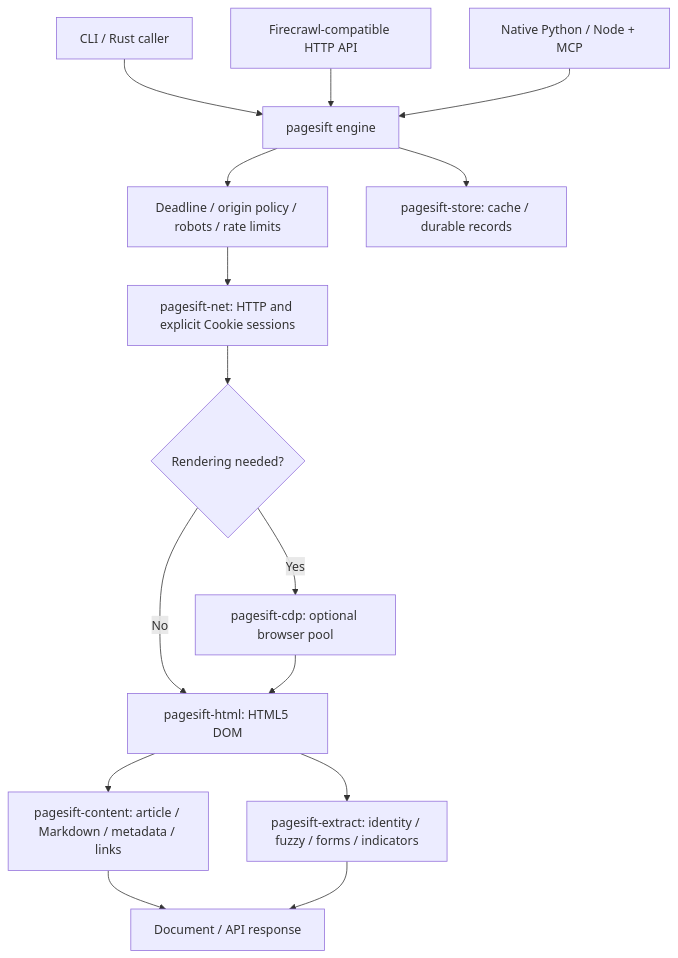
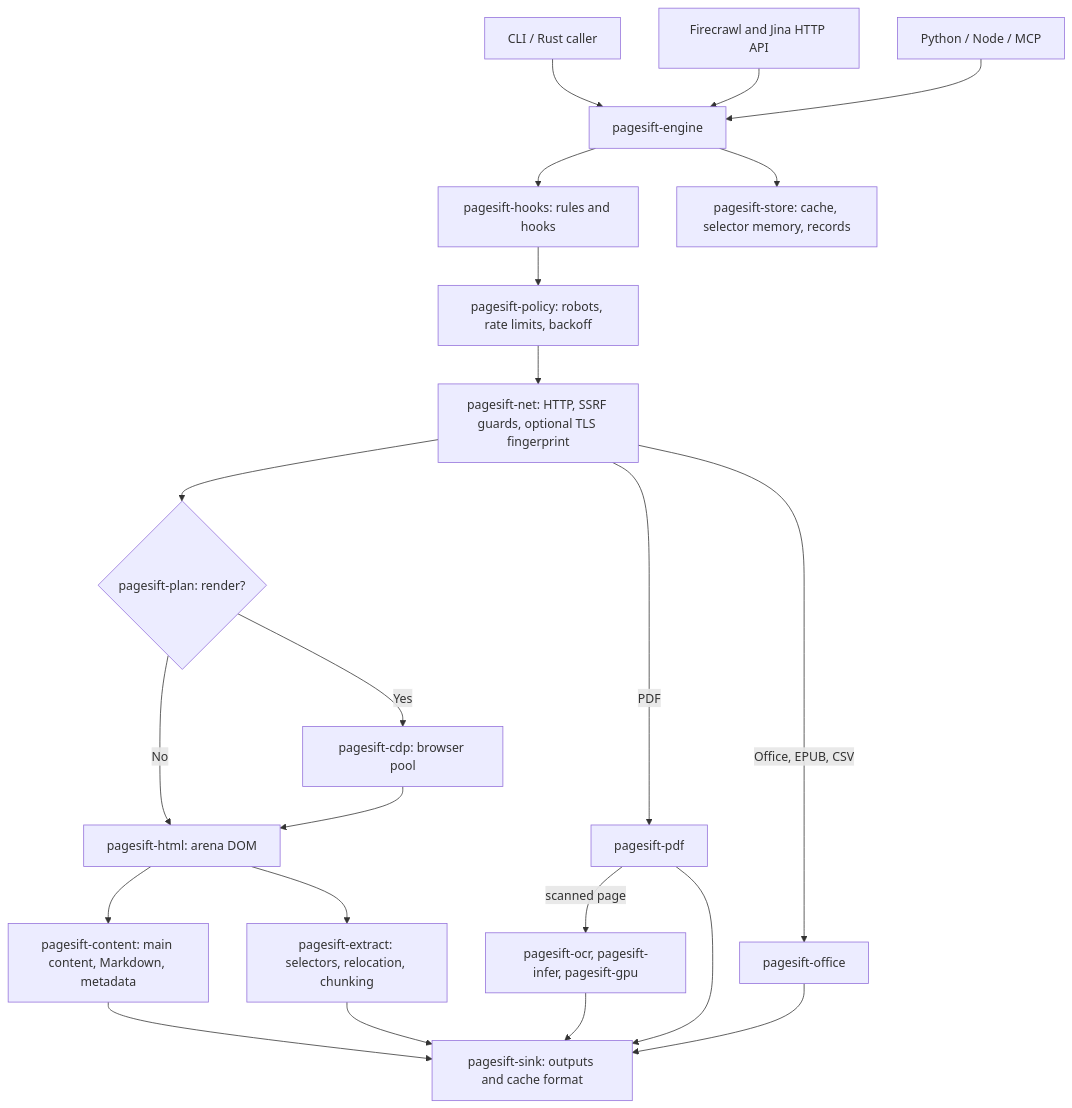
The first of 3 diagrams in docs/architecture.md (YOLOW92/pagesift), drawn with Mermaid before and after one commit. The commit also changed other lines of this file and 605 other files, not shown here.

````diff
--- a/docs/architecture.md
+++ b/docs/architecture.md
@@ -9,17 +8,24 @@
 ```mermaid
 flowchart TD
-    CLI[CLI / Rust caller] --> Engine[pagesift engine]
-    HTTP[Firecrawl-compatible HTTP API] --> Engine
-    Bindings[Native Python / Node + MCP] --> Engine
-    Engine --> Policy[Deadline / origin policy / robots / rate limits]
-    Policy --> Net[pagesift-net: HTTP and explicit Cookie sessions]
-    Net --> Decide{Rendering needed?}
-    Decide -->|No| DOM[pagesift-html: HTML5 DOM]
-    Decide -->|Yes| CDP[pagesift-cdp: optional browser pool]
+    CLI[CLI / Rust caller] --> Engine[pagesift-engine]
+    HTTP[Firecrawl and Jina HTTP API] --> Engine
+    Bindings[Python / Node / MCP] --> Engine
+    Engine --> Hooks[pagesift-hooks: rules and hooks]
+    Hooks --> Policy[pagesift-policy: robots, rate limits, backoff]
+    Policy --> Net[pagesift-net: HTTP, SSRF guards, optional TLS fingerprint]
+    Net --> Plan{pagesift-plan: render?}
+    Plan -->|No| DOM[pagesift-html: arena DOM]
+    Plan -->|Yes| CDP[pagesift-cdp: browser pool]
     CDP --> DOM
-    DOM --> Content[pagesift-content: article / Markdown / metadata / links]
-    DOM --> Extract[pagesift-extract: identity / fuzzy / forms / indicators]
-    Content --> Result[Document / API response]
-    Extract --> Result
-    Engine --> Store[pagesift-store: cache / durable records]
+    Net -->|PDF| PDF[pagesift-pdf]
+    Net -->|Office, EPUB, CSV| Office[pagesift-office]
+    PDF -->|scanned page| OCR[pagesift-ocr, pagesift-infer, pagesift-gpu]
+    DOM --> Content[pagesift-content: main content, Markdown, metadata]
+    DOM --> Extract[pagesift-extract: selectors, relocation, chunking]
+    PDF --> Sink[pagesift-sink: outputs and cache format]
+    Office --> Sink
+    OCR --> Sink
+    Content --> Sink
+    Extract --> Sink
+    Engine --> Store[pagesift-store: cache, selector memory, records]
 ```
````
